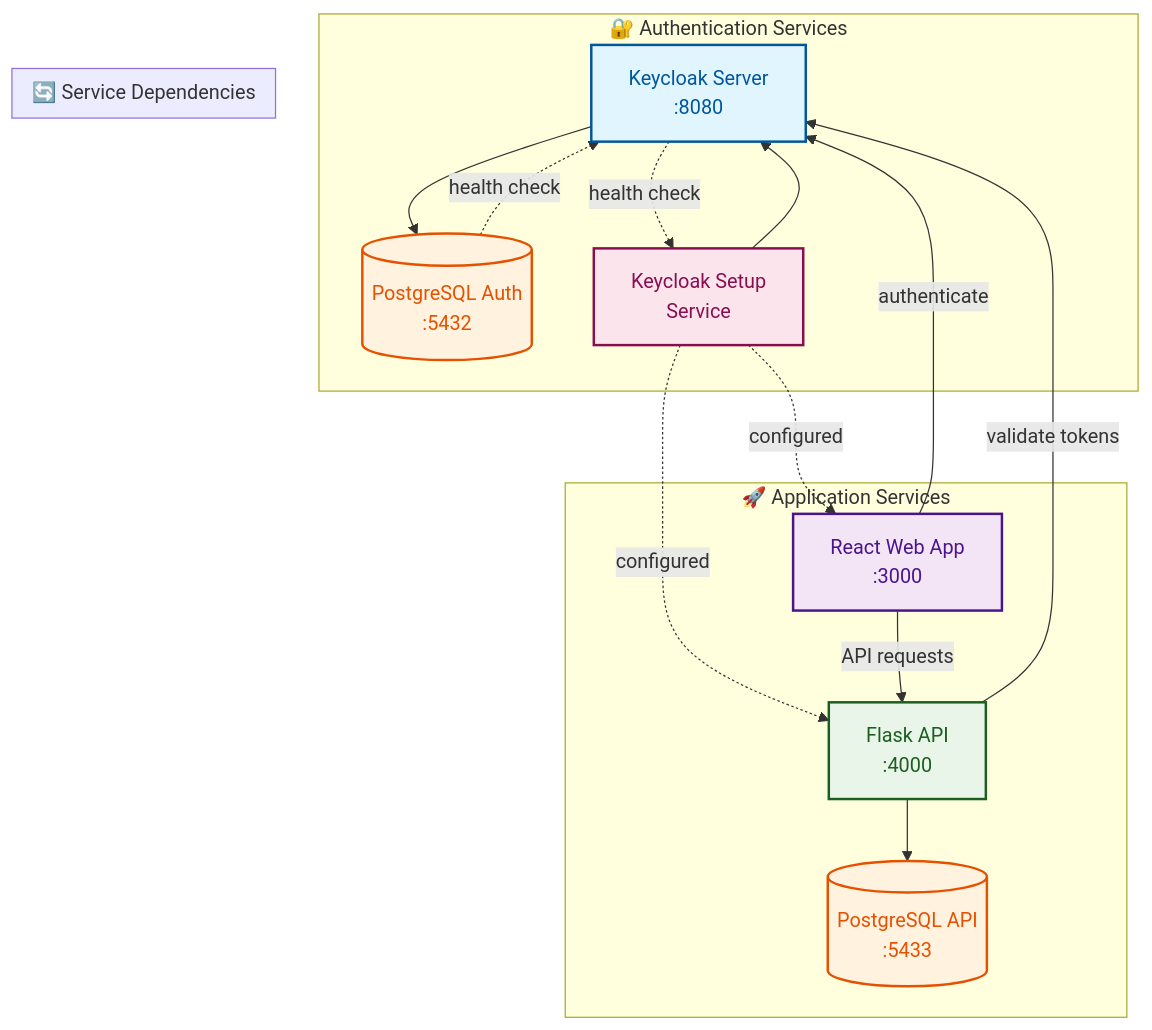
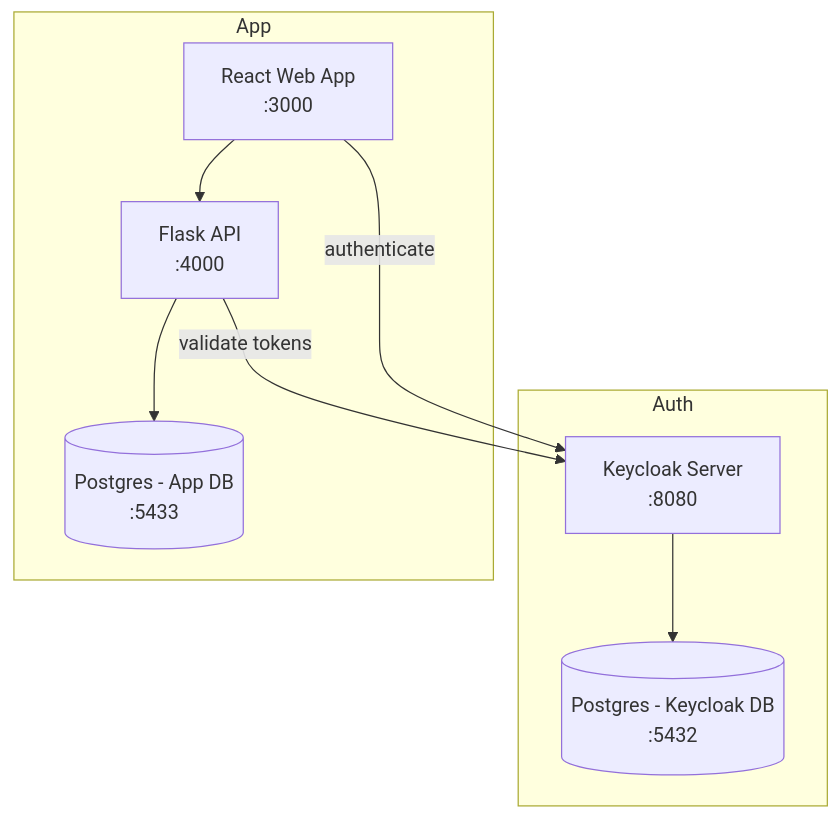
Before and after one commit to Shivaprasadr/platform_engine: the first of 3 diagrams in README.md, drawn with Mermaid. The commit also changed other lines of this file, not shown here.

````diff
--- a/README.md
+++ b/README.md
@@ -7,34 +7,19 @@
 ```mermaid
 flowchart TB
-    subgraph "🔐 Authentication Services"
-        KC[Keycloak Server<br/>:8080]:::auth
-        PG_AUTH[(PostgreSQL Auth<br/>:5432)]:::db
-        SETUP[Keycloak Setup<br/>Service]:::setup
-        KC --> PG_AUTH
-        SETUP --> KC
-    end
+  subgraph Auth
+    KC[Keycloak Server\n:8080]
+    PG_AUTH[(Postgres - Keycloak DB\n:5432)]
+    KC --> PG_AUTH
+  end
 
-    subgraph "🚀 Application Services"
-        WEB[React Web App<br/>:3000]:::web
-        API[Flask API<br/>:4000]:::api
-        PG_API[(PostgreSQL API<br/>:5433)]:::db
-        API --> PG_API
-    end
+  subgraph App
+    WEB[React Web App\n:3000]
+    API[Flask API\n:4000]
+    PG_API[(Postgres - App DB\n:5433)]
+    WEB --> API
+    API --> PG_API
+  end
 
-    subgraph "🔄 Service Dependencies"
-        PG_AUTH -.->|health check| KC
-        KC -.->|health check| SETUP
-        SETUP -.->|configured| API
-        SETUP -.->|configured| WEB
-    end
-
-    WEB -->|authenticate| KC
-    WEB -->|API requests| API
-    API -->|validate tokens| KC
-
-    classDef auth fill:#e1f5fe,stroke:#01579b,stroke-width:2px,color:#01579b
-    classDef web fill:#f3e5f5,stroke:#4a148c,stroke-width:2px,color:#4a148c
-    classDef api fill:#e8f5e8,stroke:#1b5e20,stroke-width:2px,color:#1b5e20
-    classDef db fill:#fff3e0,stroke:#e65100,stroke-width:2px,color:#e65100
-    classDef setup fill:#fce4ec,stroke:#880e4f,stroke-width:2px,color:#880e4f
+  WEB -->|authenticate| KC
+  API -->|validate tokens| KC
 ```
````
